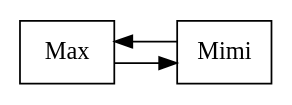
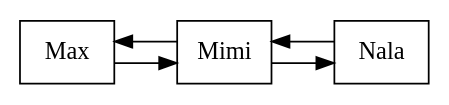
One commit to Dgo45921/IPC2-Ejemplos_2S_2025 changed the diagram in semana_5/lista_doblemente_enlazada/texto_lista_doble.dot. Above: the diagram before and after it, drawn with Graphviz. The commit also changed 5 other files, not shown here.

```diff
--- a/semana_5/lista_doblemente_enlazada/texto_lista_doble.dot
+++ b/semana_5/lista_doblemente_enlazada/texto_lista_doble.dot
@@ -1,13 +1,16 @@
 digraph G {
   rankdir = LR;
   splines = ortho;
   graph [pencolor = transparent, rank = same];
   node  [shape = record];
 
   node1 [label = "Max"]
   node2 [label = "Mimi"]
-  node2 [label = "Mimi"]
+  node3 [label = "Nala"]
+  node3 [label = "Nala"]
 
   node1 -> node2;
+  node2 -> node3;
   node2 -> node1;
+  node3 -> node2;
 }
```
